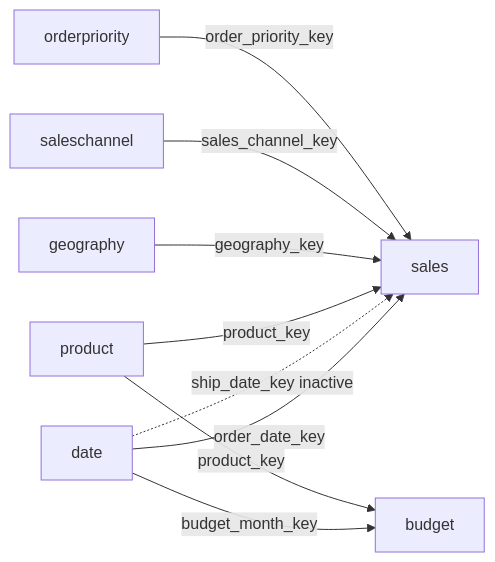
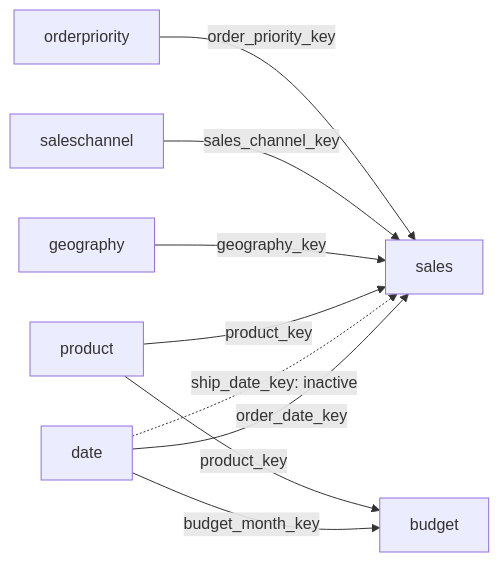
The first of 2 diagrams in README.md (kamilsoszka/01_sales-records-fabric-analytics), drawn with Mermaid before and after one commit. The commit also changed other lines of this file, not shown here.

````diff
--- a/README.md
+++ b/README.md
@@ -180,21 +241,21 @@
 ```mermaid
 flowchart LR
     Date[date]
     Product[product]
     Geography[geography]
     Channel[saleschannel]
     Priority[orderpriority]
 
     Sales[sales]
     Budget[budget]
 
     Date -->|order_date_key| Sales
-    Date -.->|ship_date_key inactive| Sales
+    Date -.->|ship_date_key: inactive| Sales
     Product -->|product_key| Sales
     Geography -->|geography_key| Sales
     Channel -->|sales_channel_key| Sales
     Priority -->|order_priority_key| Sales
 
     Date -->|budget_month_key| Budget
     Product -->|product_key| Budget
 ```
````
